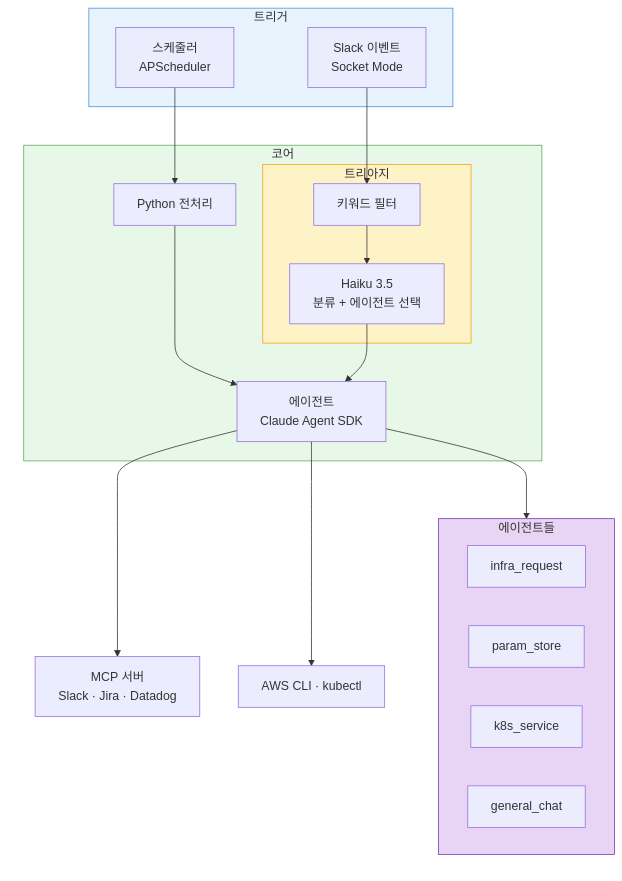
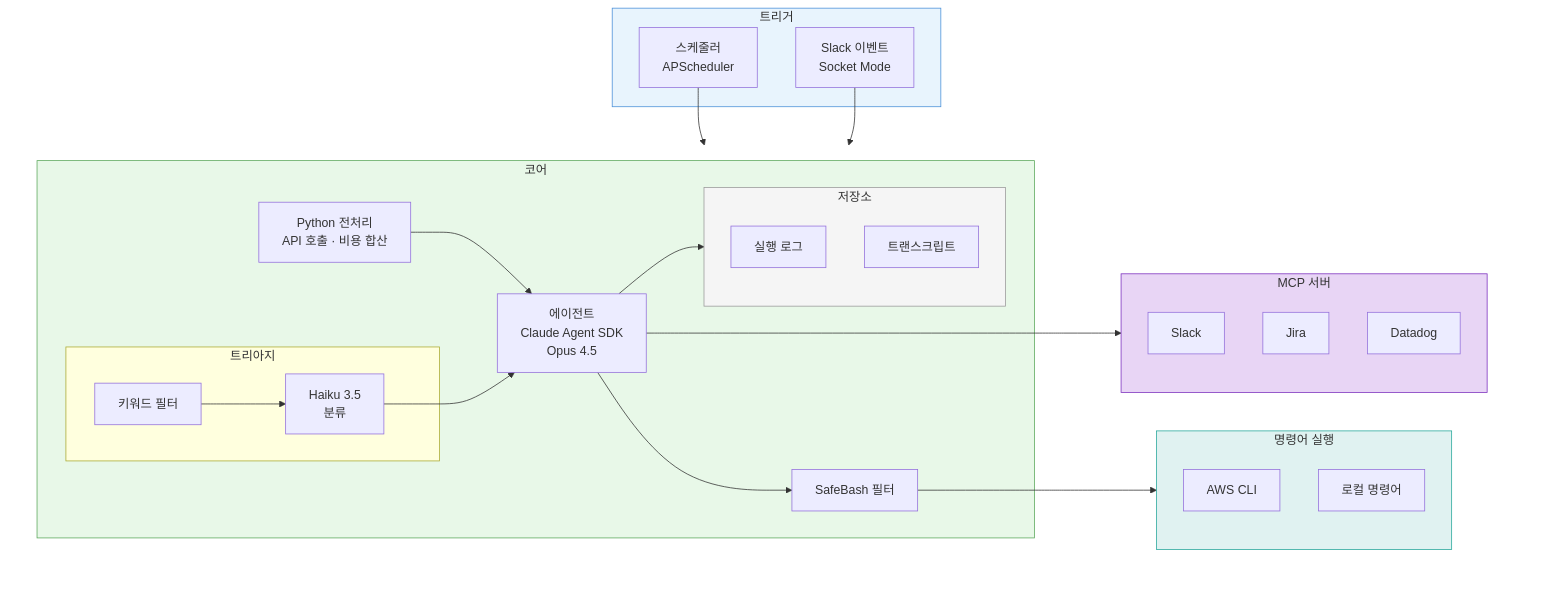
Before and after one commit to kimduksoo/duksoo-tech-blog: the first of 2 diagrams in content/ai/ai-infra-automation-v2.md, drawn with Mermaid. The commit also changed other lines of this file, not shown here.

Commit message:
블로그 2편 다이어그램 1편과 통일, 인트로 줄바꿈 정리

````diff
--- a/content/ai/ai-infra-automation-v2.md
+++ b/content/ai/ai-infra-automation-v2.md
@@ -23,39 +19,48 @@
 ```mermaid
 flowchart TB
     subgraph 트리거
         Cron[스케줄러<br/>APScheduler]
         Event[Slack 이벤트<br/>Socket Mode]
     end
 
-    subgraph 코어
-        subgraph 트리아지
-            KW[키워드 필터] --> Haiku[Haiku 3.5<br/>분류 + 에이전트 선택]
+    subgraph 시스템[" "]
+        direction LR
+        subgraph 외부도구[" "]
+            subgraph MCP[MCP 서버]
+                S[Slack]
+                J[Jira]
+                D[Datadog]
+            end
+            subgraph CLI[명령어 실행]
+                AWS[AWS CLI]
+                Local[로컬 명령어]
+            end
         end
-        Pre[Python 전처리] --> Agent[에이전트<br/>Claude Agent SDK]
-        Haiku --> Agent
-    end
-
-    subgraph 에이전트들
-        A1[infra_request]
-        A2[param_store]
-        A3[k8s_service]
-        A4[general_chat]
-    end
-
-    subgraph 외부도구[" "]
-        MCP[MCP 서버<br/>Slack · Jira · Datadog]
-        CLI[AWS CLI · kubectl]
+        subgraph 코어
+            subgraph 트리아지
+                KW[키워드 필터] --> Haiku[Haiku 3.5<br/>분류]
+            end
+            Pre[Python 전처리<br/>API 호출 · 비용 합산] --> Agent[에이전트<br/>Claude Agent SDK<br/>Opus 4.5]
+            Haiku --> Agent
+            subgraph 저장소
+                Log[실행 로그]
+                Transcript[트랜스크립트]
+            end
+            Agent --> 저장소
+            Agent --> Safe[SafeBash 필터]
+        end
     end
 
     Cron --> Pre
     Event --> KW
-    Agent --> 에이전트들
     Agent --> MCP
-    Agent --> CLI
+    Safe --> CLI
 
     style 트리거 fill:#e8f4fd,stroke:#4a90d9
+    style 시스템 fill:none,stroke:none
+    style 외부도구 fill:none,stroke:none
     style 코어 fill:#e8f8e8,stroke:#5ba85b
-    style 트리아지 fill:#fef3c7,stroke:#f59e0b
-    style 에이전트들 fill:#e8d5f5,stroke:#7b2fbe
-    style 외부도구 fill:none,stroke:none
+    style 저장소 fill:#f5f5f5,stroke:#999999
+    style MCP fill:#e8d5f5,stroke:#7b2fbe
+    style CLI fill:#e0f2f1,stroke:#26a69a
 ```
````
